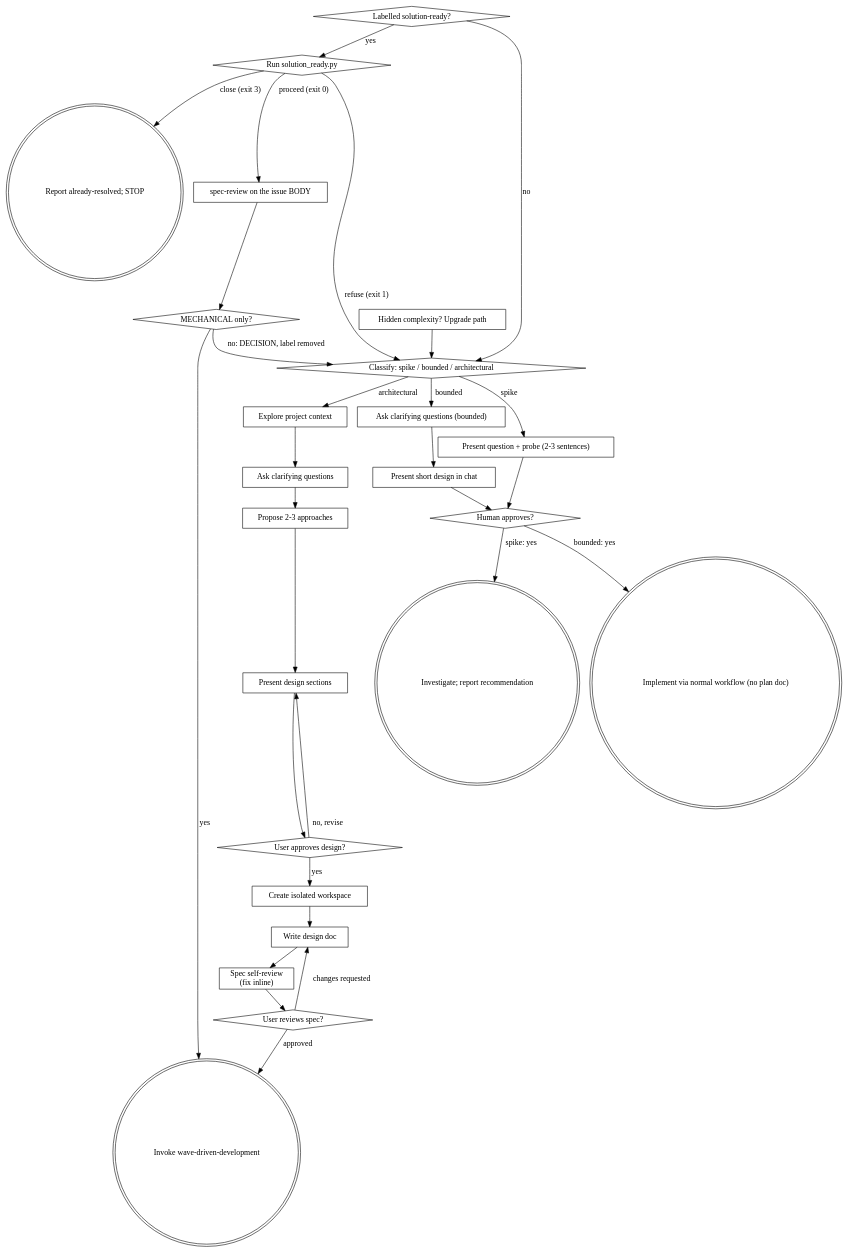
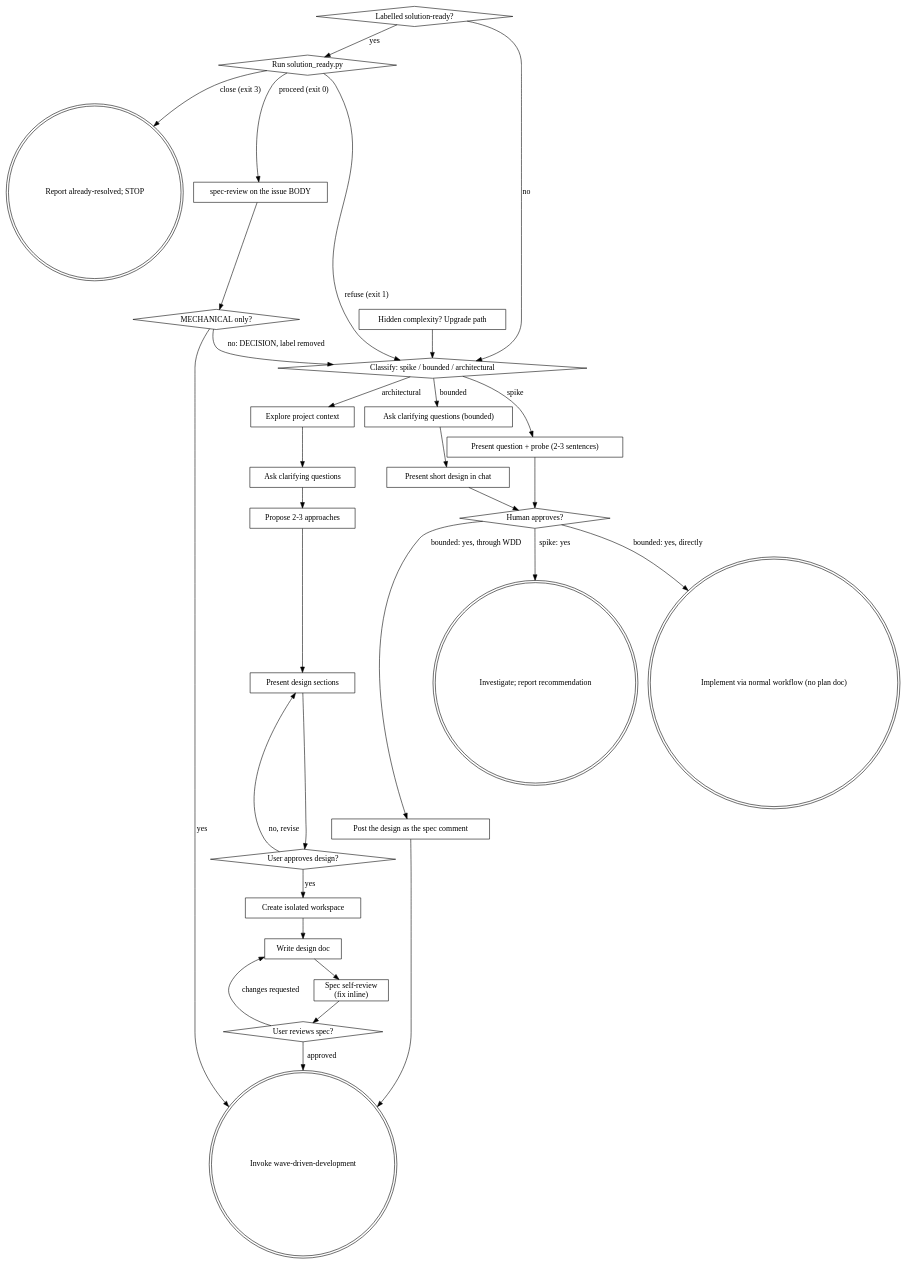
The diagram in skills/brainstorming/SKILL.md (fendyjong/pitcall), drawn with Graphviz before and after one commit. The commit also changed other lines of this file, not shown here.

First line of the commit message:
feat(brainstorming): the bounded path names its ending, directly or through WDD

````diff
--- a/skills/brainstorming/SKILL.md
+++ b/skills/brainstorming/SKILL.md
@@ -144,56 +214,59 @@
 ```dot
 digraph brainstorming {
     "Labelled solution-ready?" [shape=diamond];
     "Run solution_ready.py" [shape=diamond];
     "Report already-resolved; STOP" [shape=doublecircle];
     "spec-review on the issue BODY" [shape=box];
     "MECHANICAL only?" [shape=diamond];
     "Classify: spike / bounded / architectural" [shape=diamond];
     "Present question + probe (2-3 sentences)" [shape=box];
     "Ask clarifying questions (bounded)" [shape=box];
     "Present short design in chat" [shape=box];
     "Human approves?" [shape=diamond];
     "Investigate; report recommendation" [shape=doublecircle];
     "Implement via normal workflow (no plan doc)" [shape=doublecircle];
+    "Post the design as the spec comment" [shape=box];
     "Explore project context" [shape=box];
     "Ask clarifying questions" [shape=box];
     "Propose 2-3 approaches" [shape=box];
     "Present design sections" [shape=box];
     "User approves design?" [shape=diamond];
     "Create isolated workspace" [shape=box];
     "Write design doc" [shape=box];
     "Spec self-review\n(fix inline)" [shape=box];
     "User reviews spec?" [shape=diamond];
     "Invoke wave-driven-development" [shape=doublecircle];
     "Hidden complexity? Upgrade path" [shape=box];
 
     "Classify: spike / bounded / architectural" -> "Present question + probe (2-3 sentences)" [label="spike"];
     "Classify: spike / bounded / architectural" -> "Ask clarifying questions (bounded)" [label="bounded"];
     "Classify: spike / bounded / architectural" -> "Explore project context" [label="architectural"];
     "Present question + probe (2-3 sentences)" -> "Human approves?";
     "Ask clarifying questions (bounded)" -> "Present short design in chat";
     "Present short design in chat" -> "Human approves?";
     "Human approves?" -> "Investigate; report recommendation" [label="spike: yes"];
-    "Human approves?" -> "Implement via normal workflow (no plan doc)" [label="bounded: yes"];
+    "Human approves?" -> "Implement via normal workflow (no plan doc)" [label="bounded: yes, directly"];
+    "Human approves?" -> "Post the design as the spec comment" [label="bounded: yes, through WDD"];
+    "Post the design as the spec comment" -> "Invoke wave-driven-development";
     "Hidden complexity? Upgrade path" -> "Classify: spike / bounded / architectural";
     "Explore project context" -> "Ask clarifying questions";
     "Ask clarifying questions" -> "Propose 2-3 approaches";
     "Propose 2-3 approaches" -> "Present design sections";
     "Present design sections" -> "User approves design?";
     "User approves design?" -> "Present design sections" [label="no, revise"];
     "User approves design?" -> "Create isolated workspace" [label="yes"];
     "Create isolated workspace" -> "Write design doc";
     "Write design doc" -> "Spec self-review\n(fix inline)";
     "Spec self-review\n(fix inline)" -> "User reviews spec?";
     "User reviews spec?" -> "Write design doc" [label="changes requested"];
     "User reviews spec?" -> "Invoke wave-driven-development" [label="approved"];
     "Labelled solution-ready?" -> "Run solution_ready.py" [label="yes"];
     "Labelled solution-ready?" -> "Classify: spike / bounded / architectural" [label="no"];
     "Run solution_ready.py" -> "Report already-resolved; STOP" [label="close (exit 3)"];
     "Run solution_ready.py" -> "Classify: spike / bounded / architectural" [label="refuse (exit 1)"];
     "Run solution_ready.py" -> "spec-review on the issue BODY" [label="proceed (exit 0)"];
     "spec-review on the issue BODY" -> "MECHANICAL only?";
     "MECHANICAL only?" -> "Invoke wave-driven-development" [label="yes"];
     "MECHANICAL only?" -> "Classify: spike / bounded / architectural" [label="no: DECISION, label removed"];
 }
 ```
````
